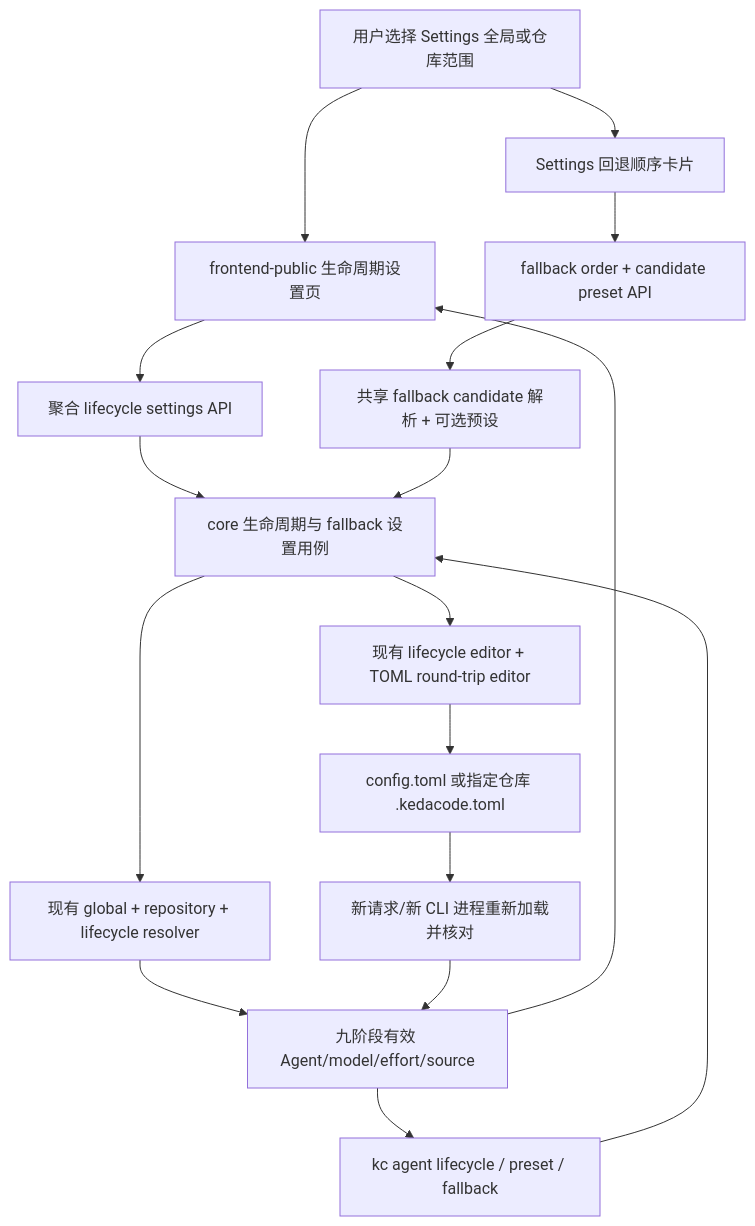
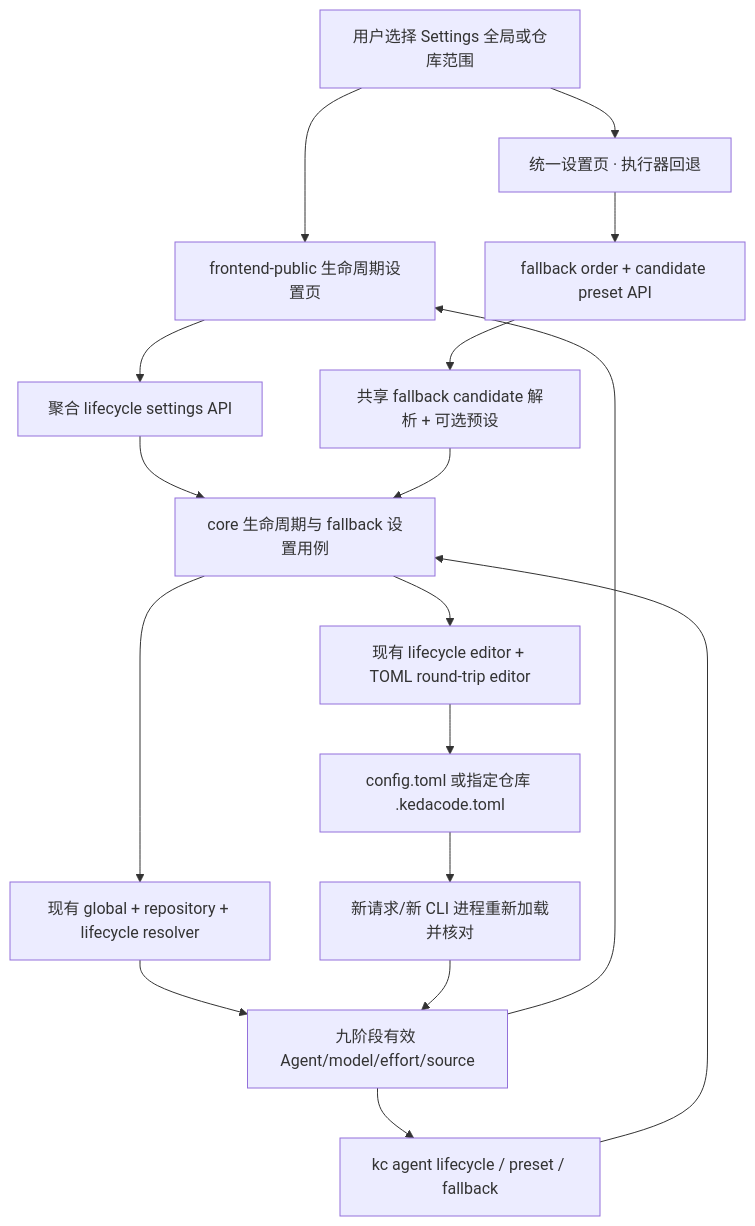
One commit to ZataZhang/keda changed the diagram in tasks/pending/P1-FEAT-20261009-133425-lifecycle-agent-model-settings.md. Above: the diagram before and after it, drawn with Mermaid. The commit also changed other lines of this file and 56 other files, not shown here.

````diff
--- a/tasks/pending/P1-FEAT-20261009-133425-lifecycle-agent-model-settings.md
+++ b/tasks/pending/P1-FEAT-20261009-133425-lifecycle-agent-model-settings.md
@@ -338,19 +325,19 @@
 ```mermaid
 flowchart TD
   U["用户选择 Settings 全局或仓库范围"] --> F["frontend-public 生命周期设置页"]
-  U --> FB["Settings 回退顺序卡片"]
+  U --> FB["统一设置页 · 执行器回退"]
   FB --> FBAPI["fallback order + candidate preset API"]
   F --> API["聚合 lifecycle settings API"]
   CLI["kc agent lifecycle / preset / fallback"] --> CORE["core 生命周期与 fallback 设置用例"]
   API --> CORE
   CORE --> MERGE["现有 global + repository + lifecycle resolver"]
   MERGE --> VIEW["九阶段有效 Agent/model/effort/source"]
   VIEW --> F
   VIEW --> CLI
   CORE --> EDIT["现有 lifecycle editor + TOML round-trip editor"]
   FBAPI --> CANDIDATE["共享 fallback candidate 解析 + 可选预设"]
   CANDIDATE --> CORE
   EDIT --> FILE["config.toml 或指定仓库 .kedacode.toml"]
   FILE --> FRESH["新请求/新 CLI 进程重新加载并核对"]
   FRESH --> VIEW
 ```
````
